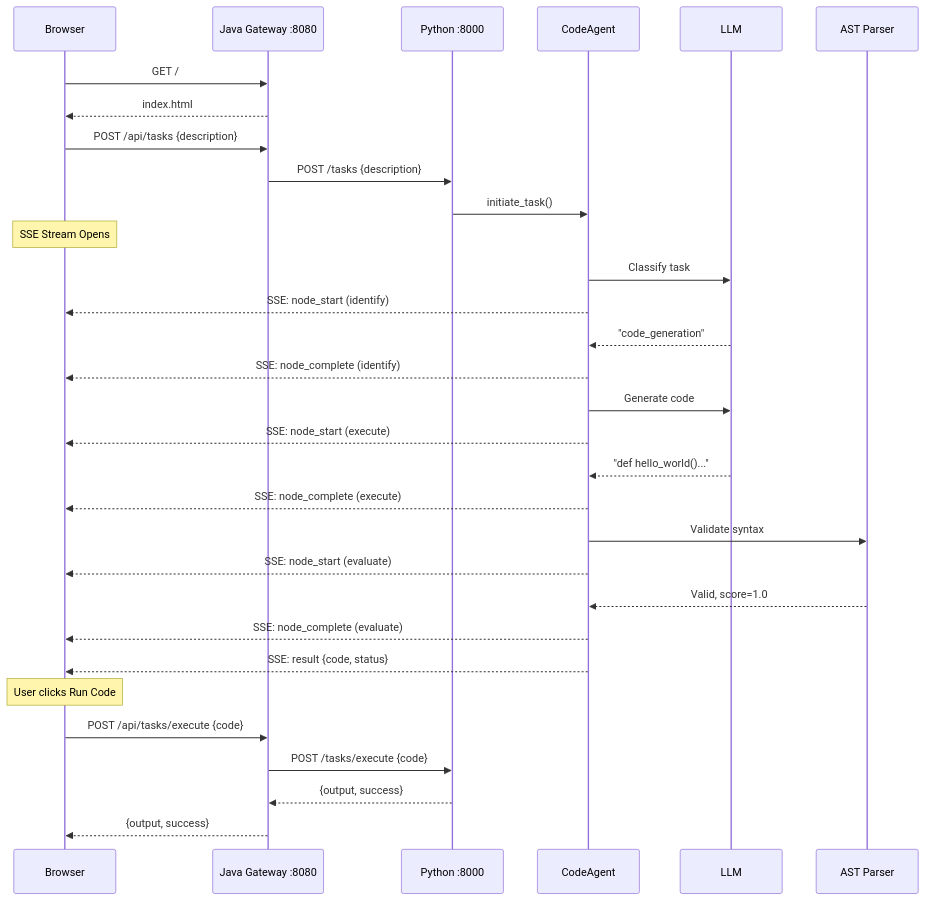
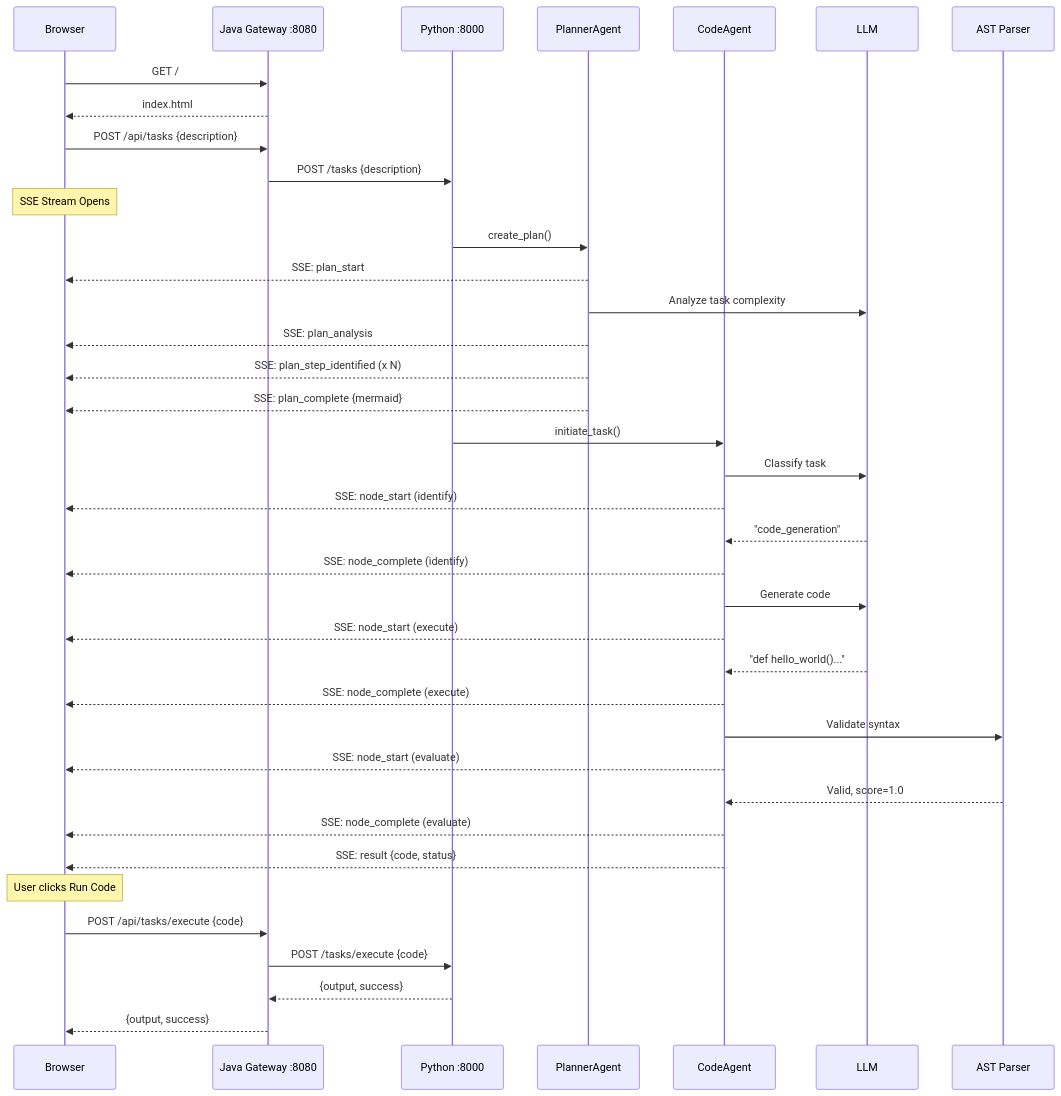
One commit to aregmii/langgraph-agentic-dev-starter changed the second of 4 diagrams in CLAUDE.MD. Above: the diagram before and after it, drawn with Mermaid. The commit also changed other lines of this file and 18 other files, not shown here.

First line of the commit message:
feat: Module 11 - Planner Agent + OpenRouter + Gateway Timeout

````diff
--- a/CLAUDE.MD
+++ b/CLAUDE.MD
@@ -61,43 +64,51 @@
 ```mermaid
 sequenceDiagram
     participant Browser
     participant Java as Java Gateway :8080
     participant Python as Python :8000
+    participant Planner as PlannerAgent
     participant CodeAgent
     participant LLM
     participant AST as AST Parser
 
     Browser->>Java: GET /
     Java-->>Browser: index.html
 
     Browser->>Java: POST /api/tasks {description}
     Java->>Python: POST /tasks {description}
 
+    Note over Browser: SSE Stream Opens
+
+    Python->>Planner: create_plan()
+    Planner-->>Browser: SSE: plan_start
+    Planner->>LLM: Analyze task complexity
+    Planner-->>Browser: SSE: plan_analysis
+    Planner-->>Browser: SSE: plan_step_identified (x N)
+    Planner-->>Browser: SSE: plan_complete {mermaid}
+
     Python->>CodeAgent: initiate_task()
-
-    Note over Browser: SSE Stream Opens
 
     CodeAgent->>LLM: Classify task
     CodeAgent-->>Browser: SSE: node_start (identify)
     LLM-->>CodeAgent: "code_generation"
     CodeAgent-->>Browser: SSE: node_complete (identify)
 
     CodeAgent->>LLM: Generate code
     CodeAgent-->>Browser: SSE: node_start (execute)
     LLM-->>CodeAgent: "def hello_world()..."
     CodeAgent-->>Browser: SSE: node_complete (execute)
 
     CodeAgent->>AST: Validate syntax
     CodeAgent-->>Browser: SSE: node_start (evaluate)
     AST-->>CodeAgent: Valid, score=1.0
     CodeAgent-->>Browser: SSE: node_complete (evaluate)
 
     CodeAgent-->>Browser: SSE: result {code, status}
 
     Note over Browser: User clicks Run Code
 
     Browser->>Java: POST /api/tasks/execute {code}
     Java->>Python: POST /tasks/execute {code}
     Python-->>Java: {output, success}
     Java-->>Browser: {output, success}
 ```
````
